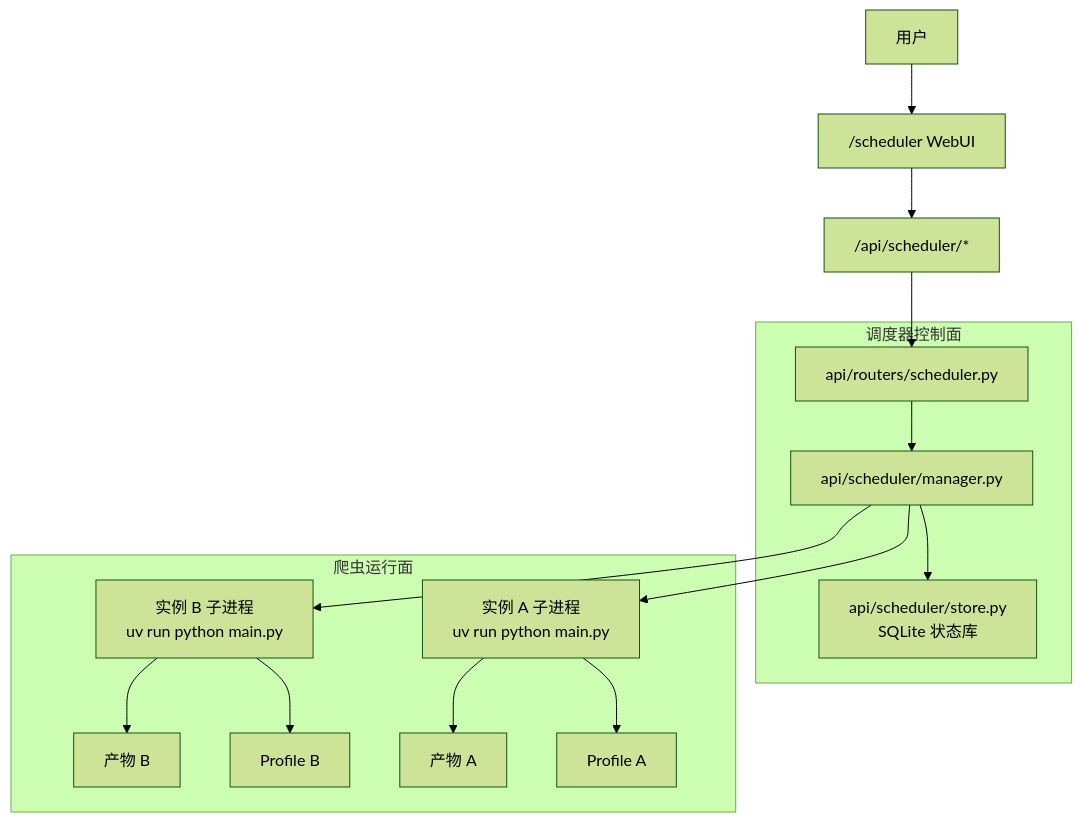
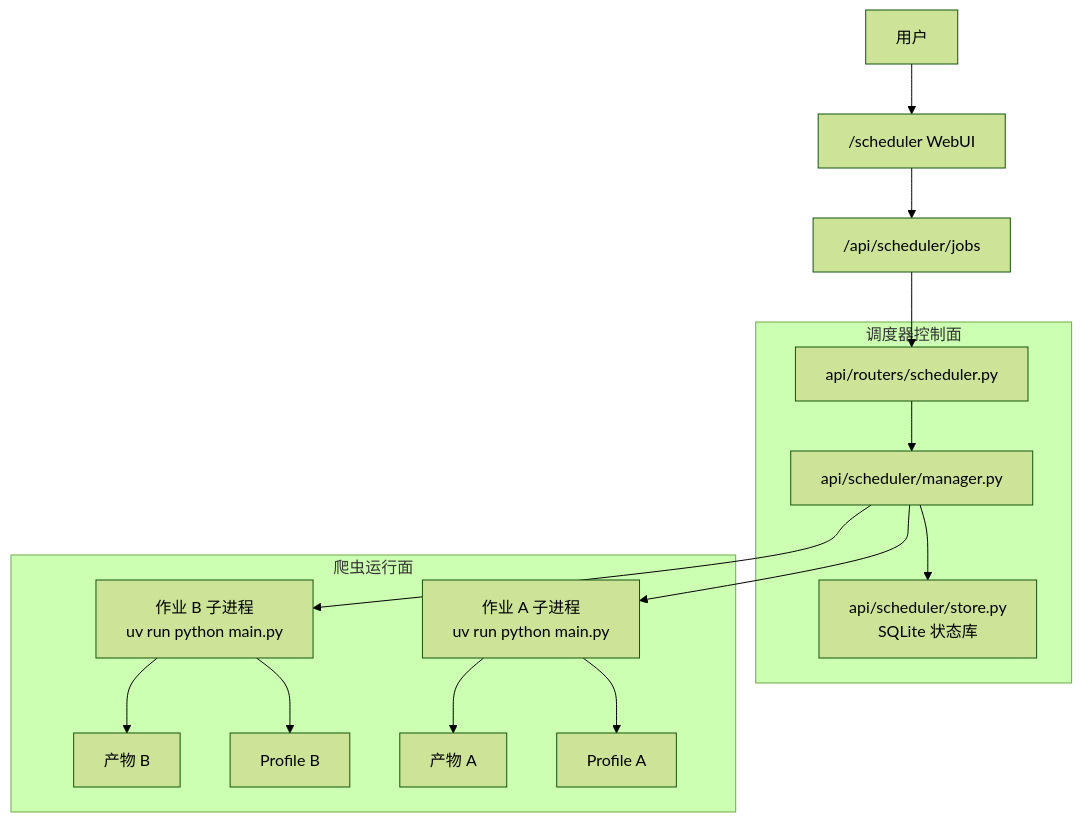
Before and after one commit to NanmiCoder/MediaCrawler: the diagram in docs/多实例调度器使用指南.md, drawn with Mermaid (forest theme). The commit also changed other lines of this file and 14 other files, not shown here.

Commit message:
feat: unify scheduler jobs and runs

````diff
--- a/docs/多实例调度器使用指南.md
+++ b/docs/多实例调度器使用指南.md
@@ -18,31 +16,31 @@
 ```mermaid
 flowchart TB
     user["用户"] --> webui["/scheduler WebUI"]
-    webui --> api["/api/scheduler/*"]
+    webui --> api["/api/scheduler/jobs"]
 
     subgraph scheduler["调度器控制面"]
         router["api/routers/scheduler.py"]
         manager["api/scheduler/manager.py"]
         store["api/scheduler/store.py<br/>SQLite 状态库"]
     end
 
     api --> router
     router --> manager
     manager --> store
 
     subgraph runtime["爬虫运行面"]
-        p1["实例 A 子进程<br/>uv run python main.py"]
-        p2["实例 B 子进程<br/>uv run python main.py"]
-        profile1["Profile A"]
-        profile2["Profile B"]
-        artifact1["产物 A"]
-        artifact2["产物 B"]
+        job_a["作业 A 子进程<br/>uv run python main.py"]
+        job_b["作业 B 子进程<br/>uv run python main.py"]
+        profile_a["Profile A"]
+        profile_b["Profile B"]
+        artifact_a["产物 A"]
+        artifact_b["产物 B"]
     end
 
-    manager --> p1
-    manager --> p2
-    p1 --> profile1
-    p2 --> profile2
-    p1 --> artifact1
-    p2 --> artifact2
+    manager --> job_a
+    manager --> job_b
+    job_a --> profile_a
+    job_b --> profile_b
+    job_a --> artifact_a
+    job_b --> artifact_b
 ```
````
